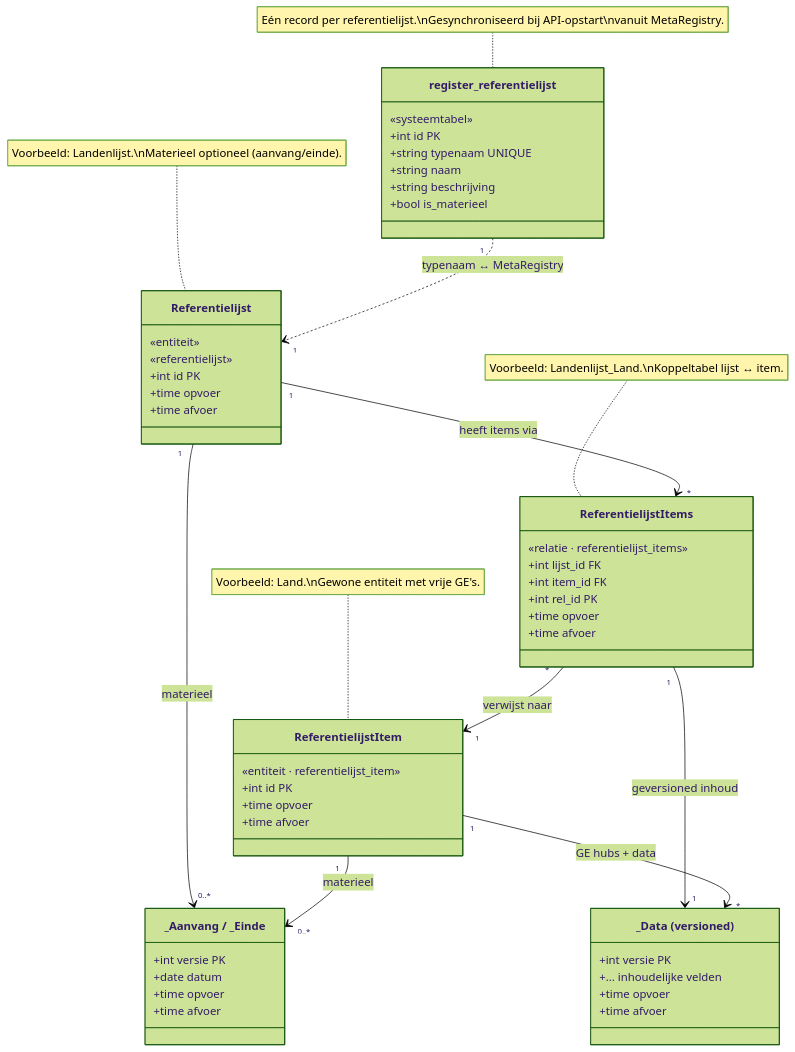
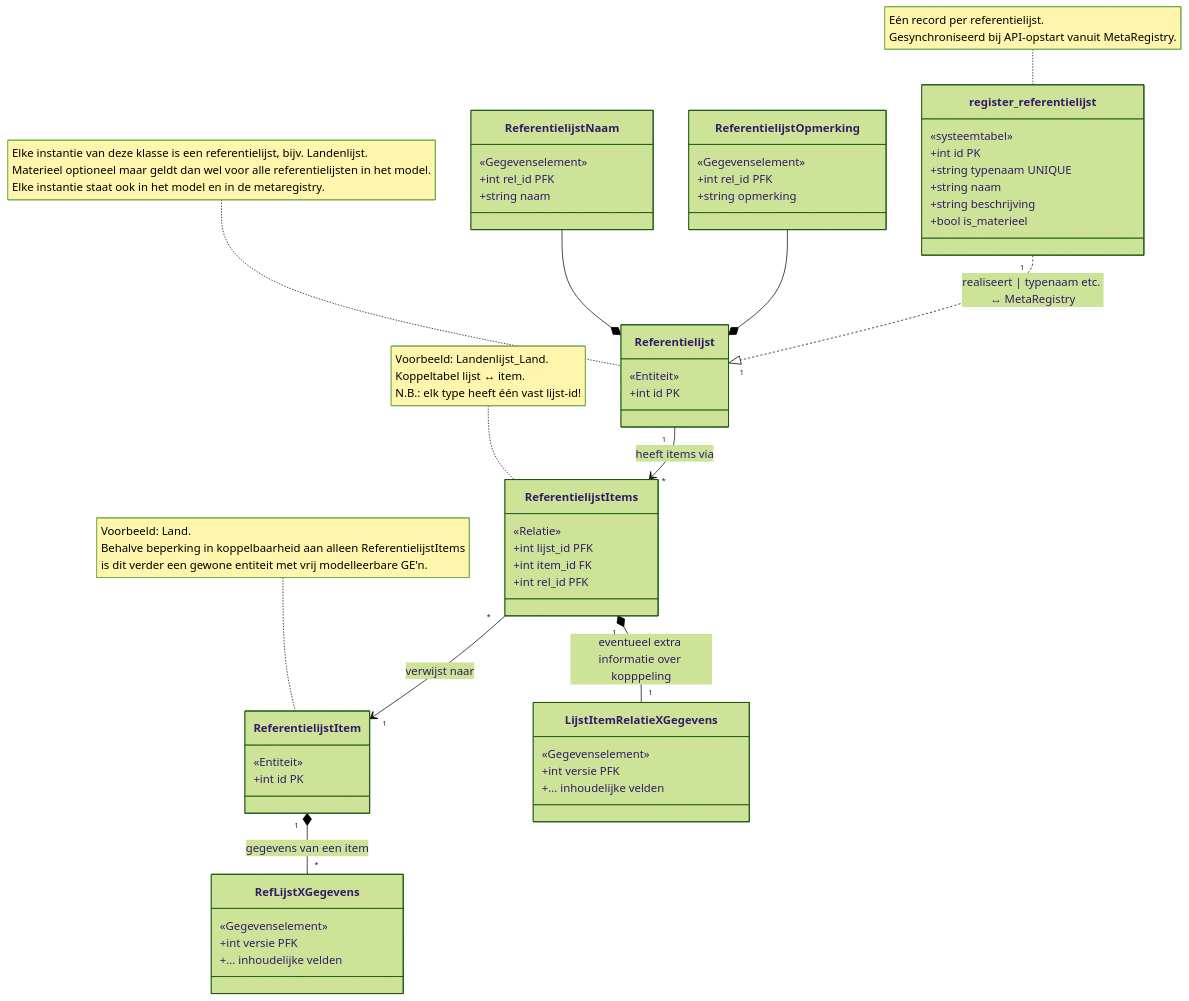
One commit to MarkWestbroek/Bitemporal_2026 changed the first of 4 diagrams in bitemp_register_v06/Referentielijsten.md. Above: the diagram before and after it, drawn with Mermaid (forest theme). The commit also changed other lines of this file, not shown here.

````diff
--- a/bitemp_register_v06/Referentielijsten.md
+++ b/bitemp_register_v06/Referentielijsten.md
@@ -33,54 +33,90 @@
     +string beschrijving
     +bool is_materieel
   }
-  note for register_referentielijst "Eén record per referentielijst.\nGesynchroniseerd bij API-opstart\nvanuit MetaRegistry."
+  note for register_referentielijst "Eén record per referentielijst.
+  Gesynchroniseerd bij API-opstart vanuit MetaRegistry."
 
   class Referentielijst {
-    «entiteit»
-    «referentielijst»
+    «Entiteit»
     +int id PK
-    +time opvoer
-    +time afvoer
+    %%  +time opvoer
+    %%  +time afvoer
   }
-  note for Referentielijst "Voorbeeld: Landenlijst.\nMaterieel optioneel (aanvang/einde)."
+  note for Referentielijst "Elke instantie van deze klasse is een referentielijst, bijv. Landenlijst.
+  Materieel optioneel maar geldt dan wel voor alle referentielijsten in het model.
+  Elke instantie staat ook in het model en in de metaregistry."
+
+  class ReferentielijstNaam {
+    «Gegevenselement»
+    +int rel_id PFK
+    +string naam
+  }
+  ReferentielijstNaam --* Referentielijst
+
+  class ReferentielijstOpmerking {
+    «Gegevenselement»
+    +int rel_id PFK
+    +string opmerking
+  }
+  ReferentielijstOpmerking --* Referentielijst
+
 
   class ReferentielijstItem {
-    «entiteit · referentielijst_item»
+    «Entiteit»
     +int id PK
-    +time opvoer
-    +time afvoer
+    %%  +time opvoer
+    %%  +time afvoer
   }
-  note for ReferentielijstItem "Voorbeeld: Land.\nGewone entiteit met vrije GE's."
+  note for ReferentielijstItem "Voorbeeld: Land.
+  Behalve beperking in koppelbaarheid aan alleen ReferentielijstItems
+  is dit verder een gewone entiteit met vrij modelleerbare GE'n."
+  
+  class ReferentielijstItems {
+    «Relatie»
+    +int lijst_id PFK
+    +int item_id FK
+    +int rel_id PFK
+    %%  +time opvoer
+    %%  +time afvoer
+  }
+  note for ReferentielijstItems "Voorbeeld: Landenlijst_Land.
+  Koppeltabel lijst ↔ item.
+  N.B.: elk type heeft één vast lijst-id!"
 
-  class ReferentielijstItems {
-    «relatie · referentielijst_items»
-    +int lijst_id FK
-    +int item_id FK
-    +int rel_id PK
-    +time opvoer
-    +time afvoer
-  }
-  note for ReferentielijstItems "Voorbeeld: Landenlijst_Land.\nKoppeltabel lijst ↔ item."
-
-  class Hub_Data["_Data (versioned)"] {
-    +int versie PK
+  class LijstItemRelatieXGegevens {
+    «Gegevenselement»
+    +int versie PFK
     +... inhoudelijke velden
-    +time opvoer
-    +time afvoer
+    %%  +time opvoer
+    %%  +time afvoer
   }
 
-  class Aanvang_Einde["_Aanvang / _Einde"] {
-    +int versie PK
-    +date datum
-    +time opvoer
-    +time afvoer
+  class RefLijstXGegevens {
+    «Gegevenselement»
+    +int versie PFK
+    +... inhoudelijke velden
+    %%  +time opvoer
+    %%  +time afvoer
   }
 
-  register_referentielijst "1" ..> "1" Referentielijst : typenaam ↔ MetaRegistry
+%%  class Aanvang_Einde["_Aanvang / _Einde"] {
+%%    +int versie PFK
+%%    +date datum
+    %%  +time opvoer
+    %%  +time afvoer
+%%  }
+
+  %%Referentielijst --|> Entiteit
+  %%ReferentielijstItem --|> Entiteit
+  %%ReferentielijstItems --|> Relatie
+  
+
+  register_referentielijst "1" ..|> "1" Referentielijst : realiseert | typenaam etc. ↔ MetaRegistry
   Referentielijst "1" --> "*" ReferentielijstItems : heeft items via
   ReferentielijstItems "*" --> "1" ReferentielijstItem : verwijst naar
-  Referentielijst "1" --> "0..*" Aanvang_Einde : materieel
-  ReferentielijstItem "1" --> "0..*" Aanvang_Einde : materieel
-  ReferentielijstItems "1" --> "1" Hub_Data : geversioned inhoud
-  ReferentielijstItem "1" --> "*" Hub_Data : GE hubs + data
+%%  Referentielijst "1" *-- "0..*" Aanvang_Einde : materieel
+%%  ReferentielijstItem "1" *-- "0..*" Aanvang_Einde : materieel
+%%  ReferentielijstItems "1" *-- "0..*" Aanvang_Einde : materieel
+  ReferentielijstItems "1" *-- "1" LijstItemRelatieXGegevens : eventueel extra informatie over kopppeling
+  ReferentielijstItem "1" *-- "*" RefLijstXGegevens : gegevens van een item
 ```
````
